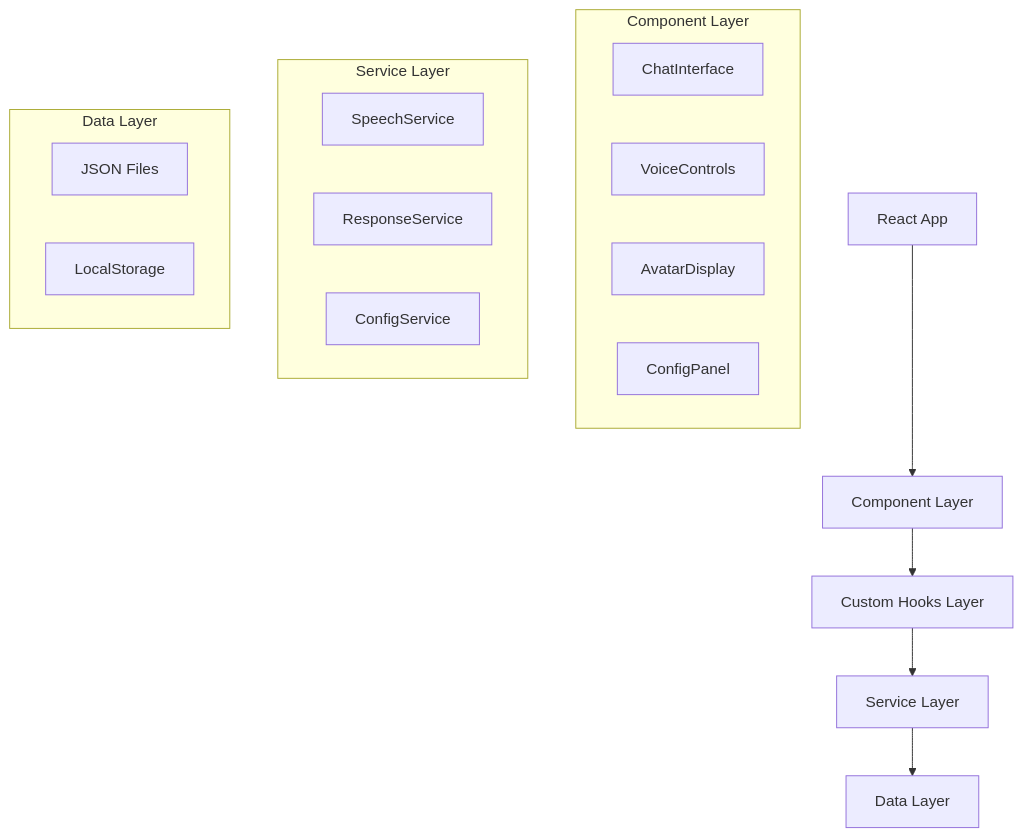
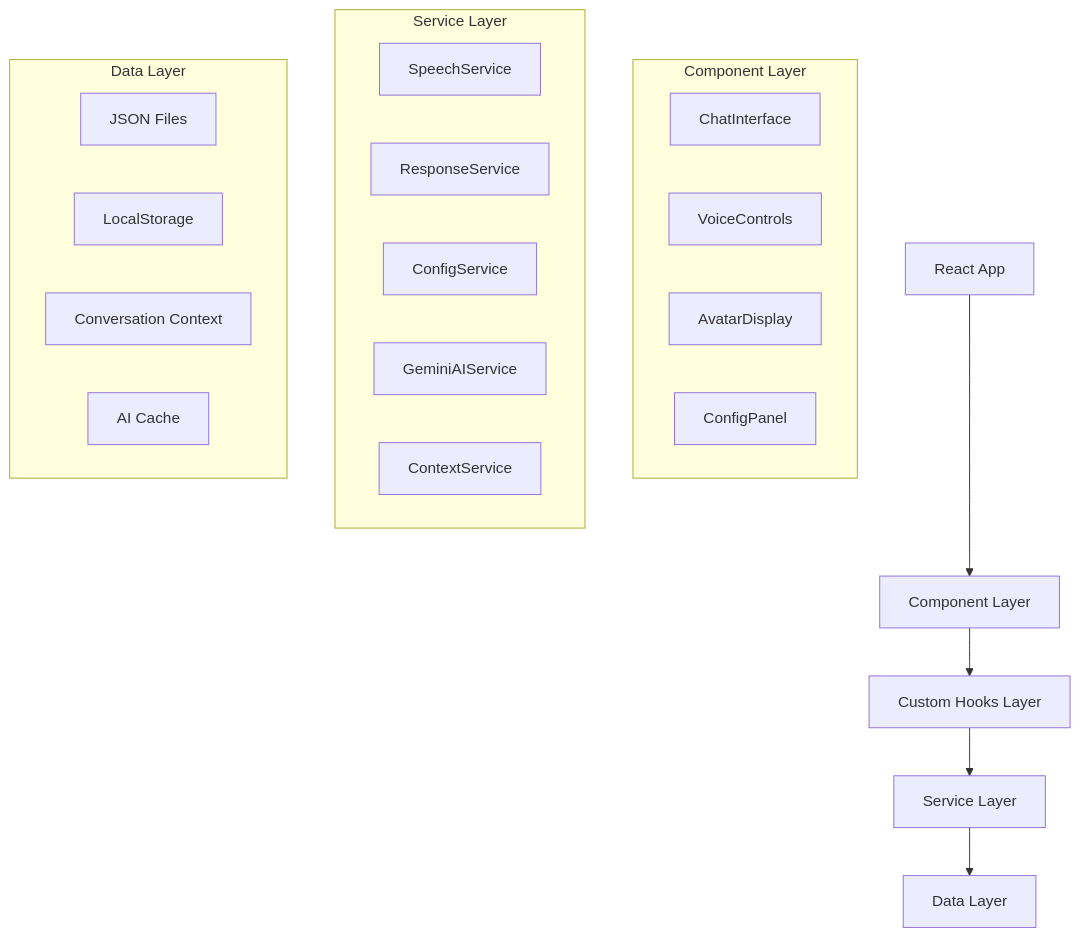
Before and after one commit to ProgramacionCECADE/ProgramacionCECADE: the third of 4 diagrams in .trae/documents/technical_architecture.md, drawn with Mermaid. The commit also changed other lines of this file and 16 other files, not shown here.

First line of the commit message:
feat(ai): integrate Gemini AI for advanced conversation handling

````diff
--- a/.trae/documents/technical_architecture.md
+++ b/.trae/documents/technical_architecture.md
@@ -137,25 +251,29 @@
 ```mermaid
 graph TD
     A[React App] --> B[Component Layer]
     B --> C[Custom Hooks Layer]
     C --> D[Service Layer]
     D --> E[Data Layer]
     
     subgraph "Component Layer"
         F[ChatInterface]
         G[VoiceControls]
         H[AvatarDisplay]
         I[ConfigPanel]
     end
     
     subgraph "Service Layer"
         J[SpeechService]
         K[ResponseService]
         L[ConfigService]
+        M[GeminiAIService]
+        N[ContextService]
     end
     
     subgraph "Data Layer"
-        M[JSON Files]
-        N[LocalStorage]
+        O[JSON Files]
+        P[LocalStorage]
+        Q[Conversation Context]
+        R[AI Cache]
     end
 ```
````
